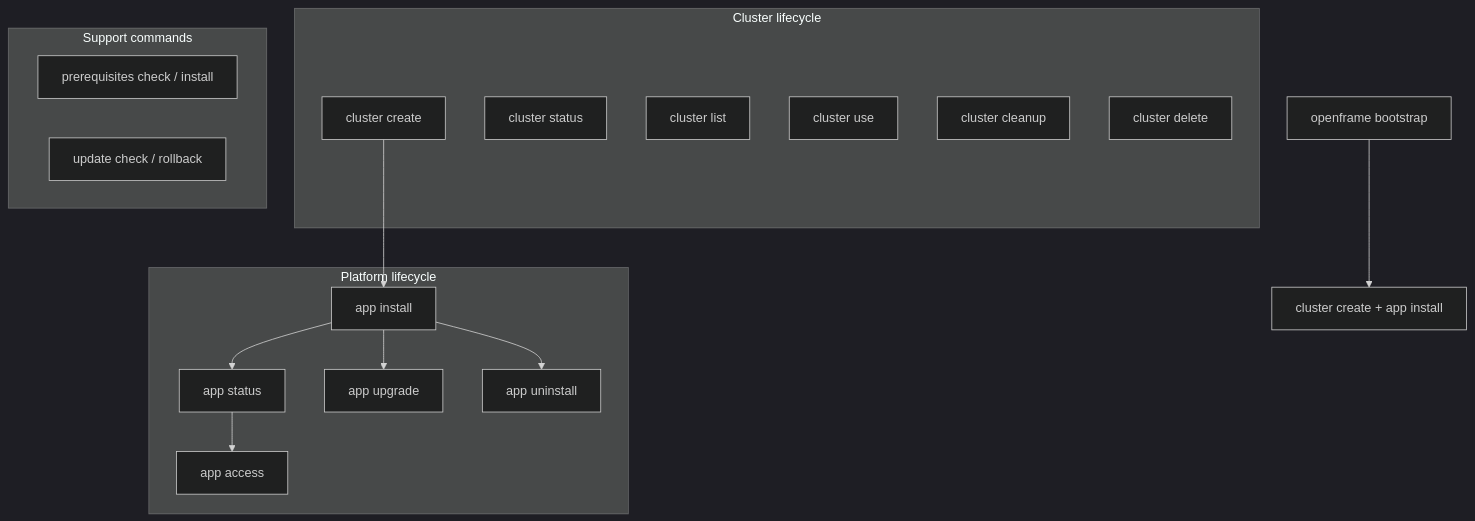
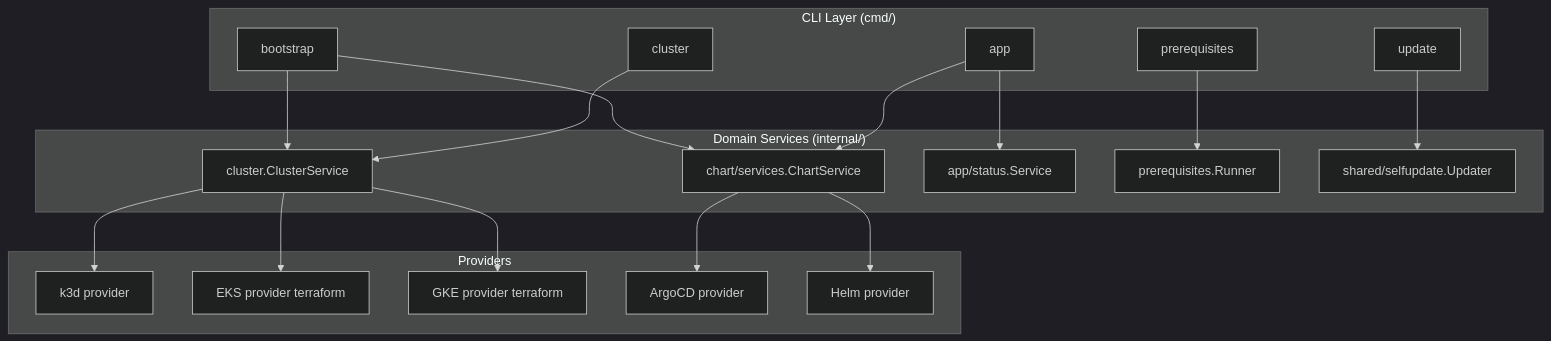
Before and after one commit to flamingo-stack/openframe-cli: the diagram in docs/getting-started/first-steps.md, drawn with Mermaid (dark theme). The commit also changed other lines of this file and 27 other files, not shown here.

````diff
--- a/docs/getting-started/first-steps.md
+++ b/docs/getting-started/first-steps.md
@@ -146,28 +159,40 @@
 ```mermaid
 graph TB
-    Bootstrap[openframe bootstrap] --> Cluster[cluster create + app install]
-    subgraph ClusterGroup["Cluster lifecycle"]
-        ClusterCreate[cluster create]
-        ClusterStatus[cluster status]
-        ClusterList[cluster list]
-        ClusterUse[cluster use]
-        ClusterCleanup[cluster cleanup]
-        ClusterDelete[cluster delete]
+    subgraph cliLayer["CLI Layer (cmd/)"]
+        Bootstrap[bootstrap]
+        Cluster[cluster]
+        App[app]
+        Prereq[prerequisites]
+        Update[update]
     end
-    subgraph AppGroup["Platform lifecycle"]
-        AppInstall[app install]
-        AppStatus[app status]
-        AppAccess[app access]
-        AppUpgrade[app upgrade]
-        AppUninstall[app uninstall]
+
+    subgraph domainLayer["Domain Services (internal/)"]
+        ClusterSvc["cluster.ClusterService"]
+        ChartSvc["chart/services.ChartService"]
+        AppStatus["app/status.Service"]
+        PrereqFw["prerequisites.Runner"]
+        SelfUpdate["shared/selfupdate.Updater"]
     end
-    subgraph SupportGroup["Support commands"]
-        Prereq[prerequisites check / install]
-        Update[update check / rollback]
+
+    subgraph providerLayer["Providers"]
+        K3d["k3d provider"]
+        EKS["EKS provider terraform"]
+        GKE["GKE provider terraform"]
+        ArgoCD["ArgoCD provider"]
+        Helm["Helm provider"]
     end
-    ClusterCreate --> AppInstall
-    AppInstall --> AppStatus
-    AppStatus --> AppAccess
-    AppInstall --> AppUpgrade
-    AppInstall --> AppUninstall
+
+    Bootstrap --> ClusterSvc
+    Bootstrap --> ChartSvc
+    Cluster --> ClusterSvc
+    App --> ChartSvc
+    App --> AppStatus
+    Prereq --> PrereqFw
+    Update --> SelfUpdate
+
+    ClusterSvc --> K3d
+    ClusterSvc --> EKS
+    ClusterSvc --> GKE
+    ChartSvc --> ArgoCD
+    ChartSvc --> Helm
 ```
````
